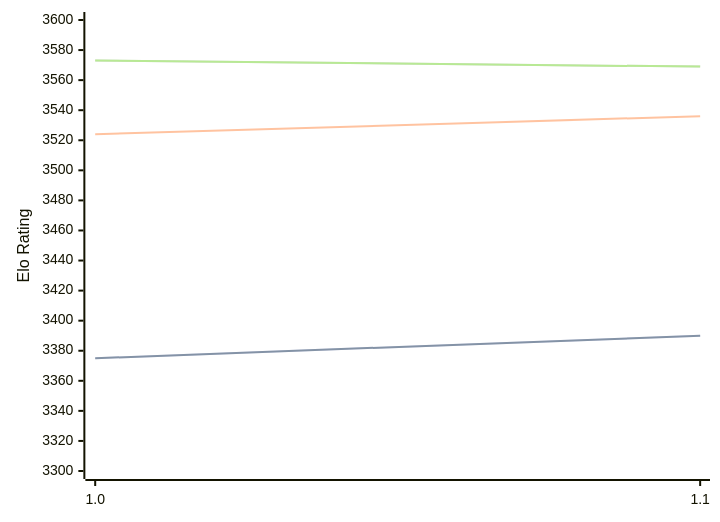
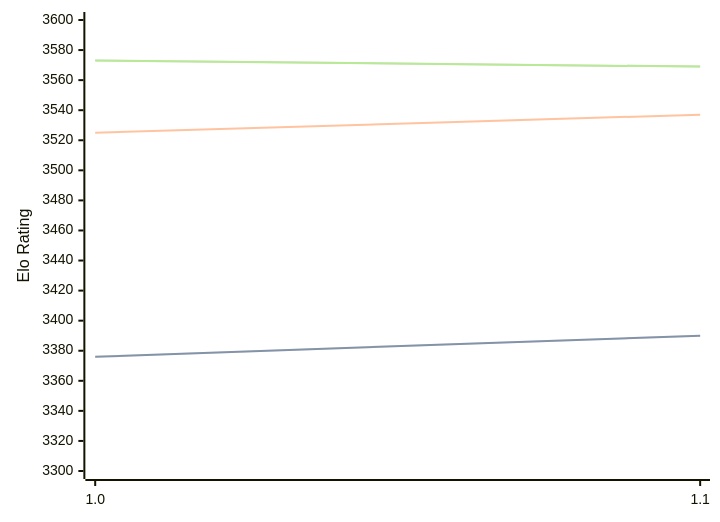
The diagram in engines/Horsie.md (computer-chess-index/cci), drawn with Mermaid before and after one commit. The commit also changed other lines of this file, not shown here.

Commit message:
Update CCI Ratings (ELO VLTC) - 2026-05-01

````diff
--- a/engines/Horsie.md
+++ b/engines/Horsie.md
@@ -32,11 +32,11 @@
 ```mermaid
 %%{init: {"theme":"base","themeVariables":{"seriesColors:['#a3a3a3','#222221','#faa371']}}}%%
 xychart-beta
   x-axis ["1.0", "1.1"]
   y-axis "Elo Rating" 3300 --> 3600
-  line "STC (8.0+0.08s)" [3375, 3390]
-  line "STC (8.0+0.08s)" [3375, 3390]
-  line "LTC (60.0+0.60s)" [3524, 3536]
+  line "STC (8.0+0.08s)" [3376, 3390]
+  line "STC (8.0+0.08s)" [3376, 3390]
+  line "LTC (60.0+0.60s)" [3525, 3537]
   line "VLTC (2m24s+1.12s)" [3573, 3569]
   line "VLTC (2m24s+1.12s)" [3573, 3569]
 ```
````
